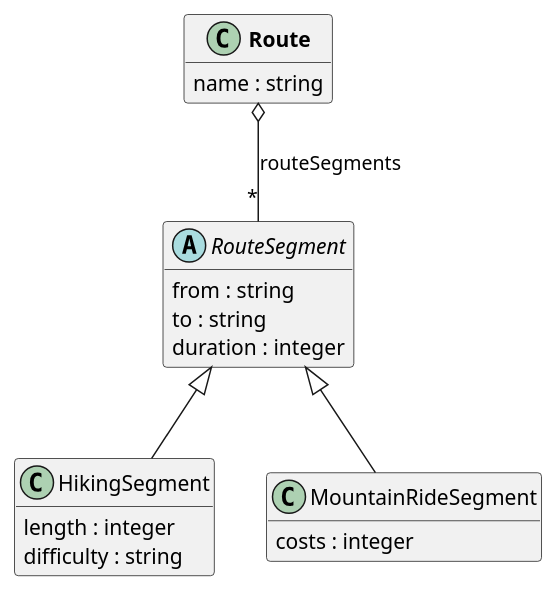
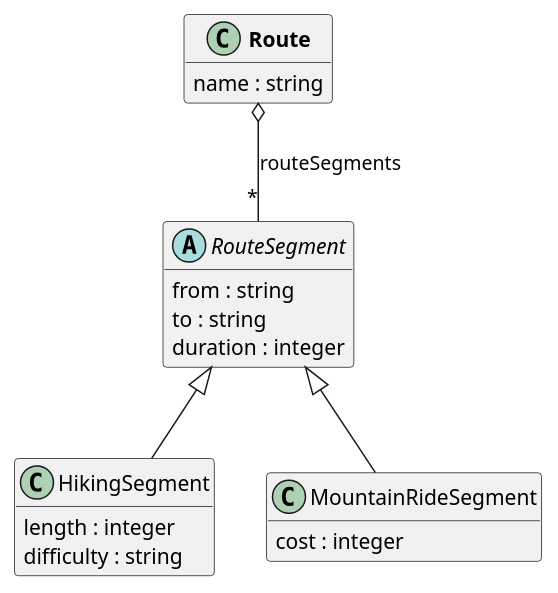
The diagram in aufgaben/a2-uml.puml (ERNICommunity/openapi-workshop), drawn with PlantUML before and after one commit. The commit also changed 11 other files, not shown here.

```diff
--- a/aufgaben/a2-uml.puml
+++ b/aufgaben/a2-uml.puml
@@ -1,31 +1,31 @@
 @startuml
 
 hide empty methods
 hide empty fields
 
 class "<b>Route</b>" {
   {field} name : string
 }
 
 abstract class "RouteSegment" {
   {field} from : string
   {field} to : string
   {field} duration : integer
 }
 
 class "HikingSegment" {
   {field} length : integer
   {field} difficulty : string
 }
 
 class "MountainRideSegment" {
-  {field} costs : integer
+  {field} cost : integer
 }
 
 "<b>Route</b>" o-- "*" "RouteSegment"  :  "routeSegments"
 
 "HikingSegment" -u-|> "RouteSegment"
 "MountainRideSegment" -u-|> "RouteSegment"
 
 
 @enduml
```
